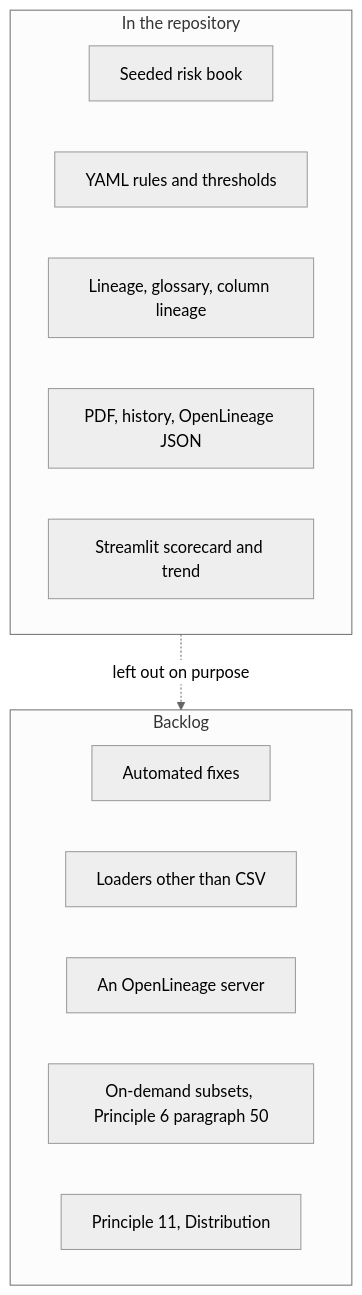
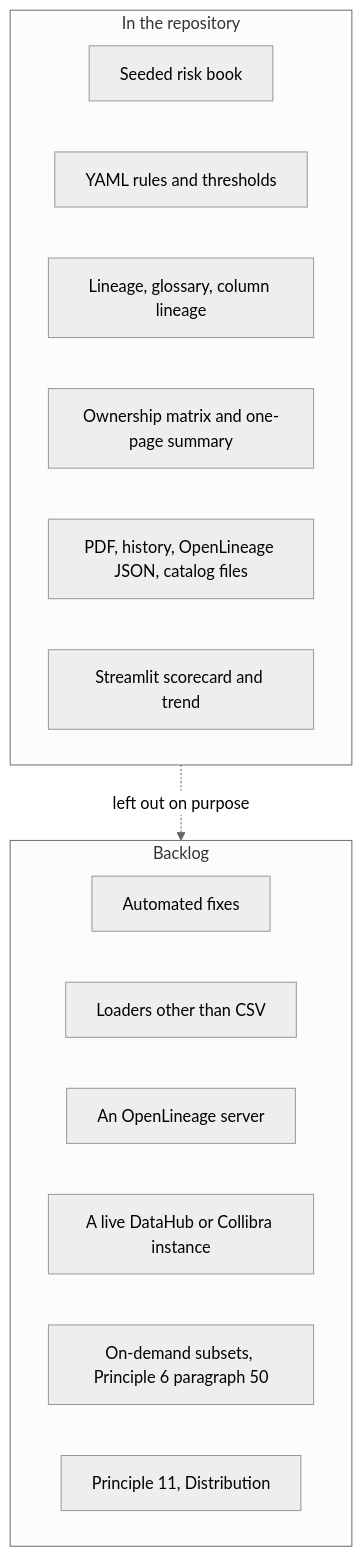
Before and after one commit to delens/Governance-Sentinel: the seventh of 7 diagrams in README.md, drawn with Mermaid (neutral theme). The commit also changed other lines of this file and 26 other files, not shown here.

First line of the commit message:
Add a one-page board summary, an ownership matrix, and catalog files. (#6)

````diff
--- a/README.md
+++ b/README.md
@@ -279,18 +310,20 @@
 ```mermaid
 flowchart TB
   subgraph shipped ["In the repository"]
     book["Seeded risk book"]
     yamlRules["YAML rules and thresholds"]
     lineageBox["Lineage, glossary, column lineage"]
-    pdfBox["PDF, history, OpenLineage JSON"]
+    ownershipBox["Ownership matrix and one-page summary"]
+    pdfBox["PDF, history, OpenLineage JSON, catalog files"]
     dashboard["Streamlit scorecard and trend"]
   end
   subgraph backlog ["Backlog"]
     fixes["Automated fixes"]
     otherLoaders["Loaders other than CSV"]
     marquez["An OpenLineage server"]
+    catalogServer["A live DataHub or Collibra instance"]
     adHoc["On-demand subsets, Principle 6 paragraph 50"]
     distribution["Principle 11, Distribution"]
   end
   shipped -.->|"left out on purpose"| backlog
 ```
````
